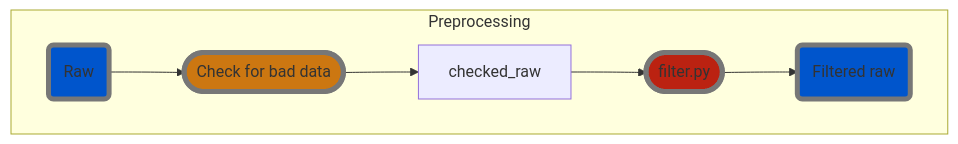
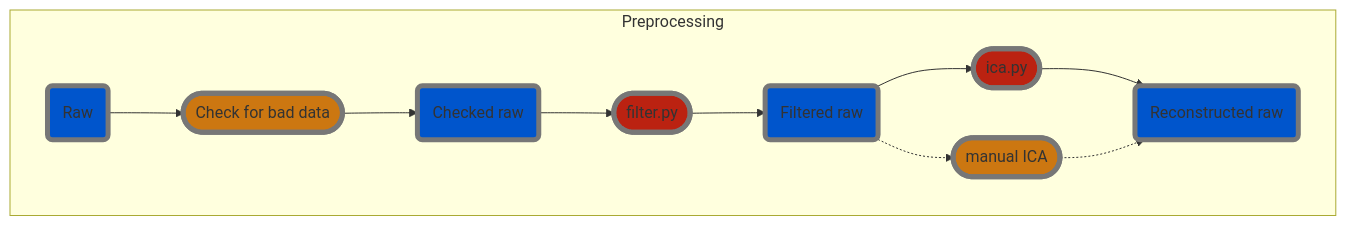
The diagram in README.md (hiroyoshi-yamasaki/MNE-MVPA), drawn with Mermaid before and after one commit.

Commit message:
issue was keyword 'filter'

````diff
--- a/README.md
+++ b/README.md
@@ -4,24 +4,30 @@
 ```mermaid
 graph TD
     %% Processes
     classDef automatic_process fill: #b21, stroke-width: 5px, stroke: #777
     classDef manual_process fill: #c71, stroke-width: 5px, stroke: #777
     
     %% Data
     classDef mne_data fill: #05c, stroke-width: 5px, stroke: #777
     classDef event_data fill: #260, stroke-width: 5px, stroke: #777
     classDef other_data fill: #55c, stroke-width: 5px, stroke: #777
 
     %% Preprocessing MEG data
     subgraph "Preprocessing"
     
         %% Manual check for bad channels, artefacts etc.
         raw_data("Raw"):::mne_data --> check_raw(["Check for bad data"]):::manual_process;
-        check_raw --> checked_raw;
+        check_raw --> checked_raw("Checked raw"):::mne_data;
         
         %% Filter the raw files
         checked_raw --> filter_raw(["filter.py"]):::automatic_process;
         filter_raw --> filtered_raw("Filtered raw"):::mne_data;
+        
+        %% Artefact removal with ICA
+        filtered_raw --> ica(["ica.py"]):::automatic_process;
+        ica --> recon_raw("Reconstructed raw"):::mne_data;
+        filtered_raw -.-> man_ica(["manual ICA"]):::manual_process;
+        man_ica -.-> recon_raw;
     end
     
 ```
````
